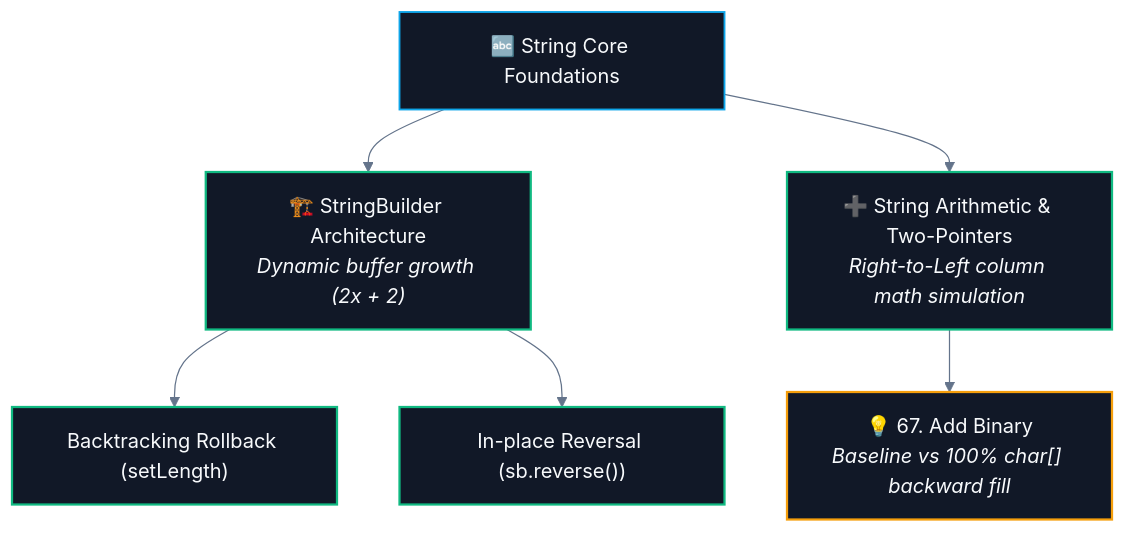
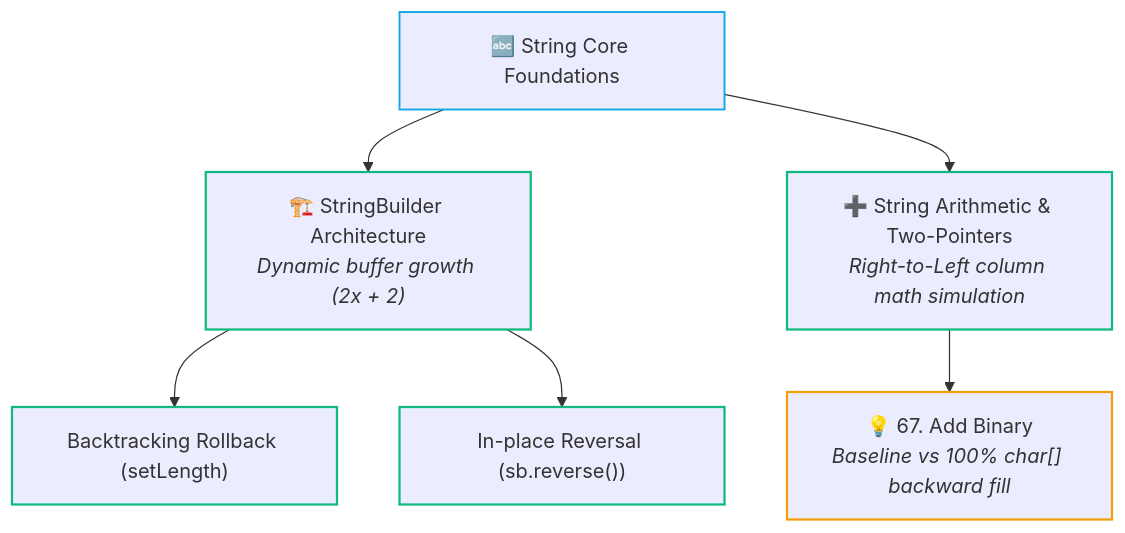
Before and after one commit to abhinavbharti2345/CS_Notes: the diagram in CS/DSA/01. Strings/00. Strings Core.md, drawn with Mermaid. The commit also changed 91 other files, not shown here.

````diff
--- a/CS/DSA/01. Strings/00. Strings Core.md
+++ b/CS/DSA/01. Strings/00. Strings Core.md
@@ -22,19 +22,18 @@
 ```mermaid
-%%{init: {'theme': 'base', 'themeVariables': { 'darkMode': true, 'background': '#0B0F14', 'mainBkg': '#111827', 'primaryColor': '#111827', 'primaryTextColor': '#F8FAFC', 'primaryBorderColor': '#38BDF8', 'lineColor': '#64748B', 'secondaryColor': '#0B0F14', 'tertiaryColor': '#0B0F14', 'clusterBkg': '#0B0F14', 'clusterBorder': '#38BDF8' }}}%%
 flowchart TD
     S["🔤 String Core Foundations"]
     S --> SB["🏗️ StringBuilder Architecture<br/><i>Dynamic buffer growth (2x + 2)</i>"]
     S --> SA["➕ String Arithmetic & Two-Pointers<br/><i>Right-to-Left column math simulation</i>"]
     
     SB --> P1["Backtracking Rollback (setLength)"]
     SB --> P2["In-place Reversal (sb.reverse())"]
     
     SA --> LC67["💡 67. Add Binary<br/><i>Baseline vs 100% char[] backward fill</i>"]
 
-    classDef core fill:#111827,stroke:#0ea5e9,stroke-width:1.5px,color:#F8FAFC;
-    classDef topic fill:#111827,stroke:#10b981,stroke-width:1.8px,color:#F8FAFC;
-    classDef prob fill:#111827,stroke:#f59e0b,stroke-width:1.8px,color:#F8FAFC;
+    classDef core stroke:#0ea5e9,stroke-width:1.5px;
+    classDef topic stroke:#10b981,stroke-width:1.8px;
+    classDef prob stroke:#f59e0b,stroke-width:1.8px;
     class S core;
     class SB,SA,P1,P2 topic;
     class LC67 prob;
 ```
````
